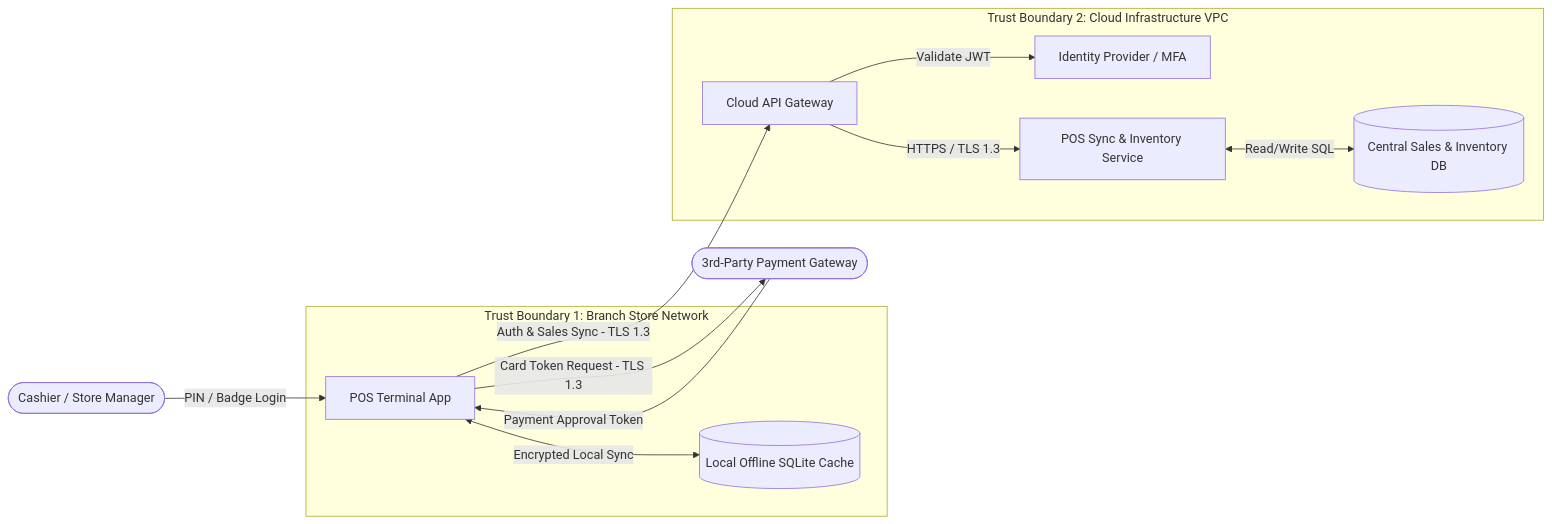
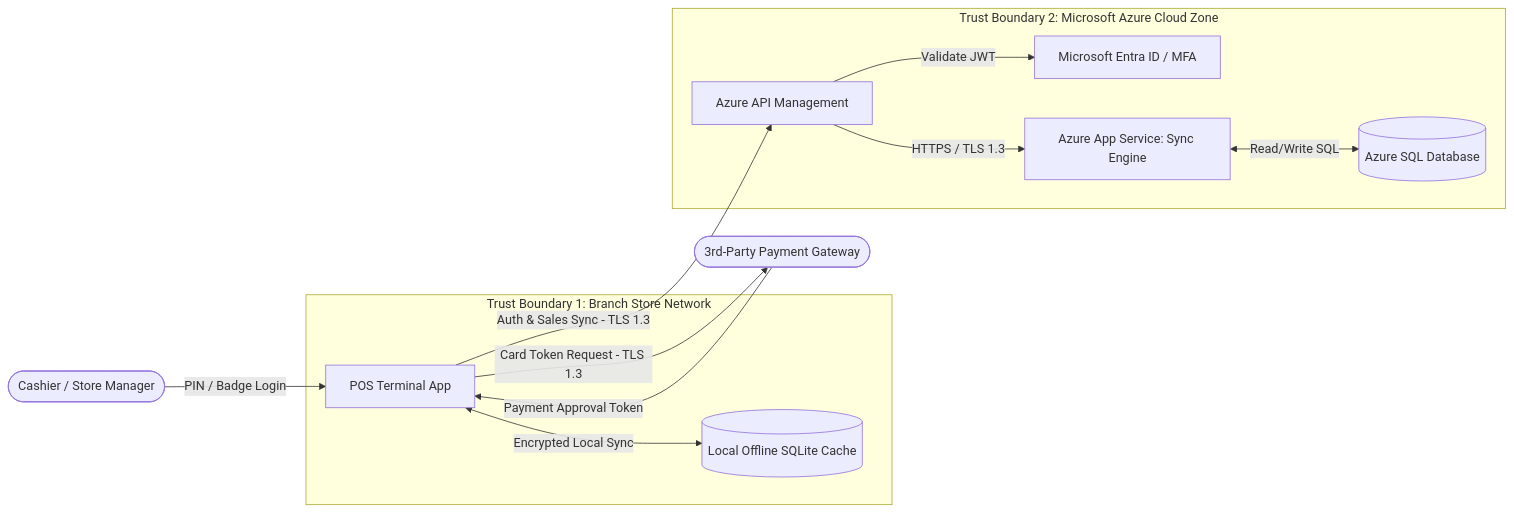
Before and after one commit to fhumulani-khadi/retail-pos-threat-model: the diagram in README.md, drawn with Mermaid. The commit also changed other lines of this file, not shown here.

First line of the commit message:
Revise system architecture and data flow details

````diff
--- a/README.md
+++ b/README.md
@@ -19,31 +24,31 @@
 ```mermaid
 flowchart LR
     %% External Entities
     Cashier([Cashier / Store Manager])
     PayGW([3rd-Party Payment Gateway])
 
     %% Trust Boundary 1: Branch Store LAN
     subgraph TB1 [Trust Boundary 1: Branch Store Network]
         POS[POS Terminal App]
         LocalDB[(Local Offline SQLite Cache)]
         POS <-->|Encrypted Local Sync| LocalDB
     end
 
-    %% Trust Boundary 2: Cloud VPC
-    subgraph TB2 [Trust Boundary 2: Cloud Infrastructure VPC]
-        APIGW[Cloud API Gateway]
-        IdP[Identity Provider / MFA]
-        SyncSvc[POS Sync & Inventory Service]
-        CloudDB[(Central Sales & Inventory DB)]
+    %% Trust Boundary 2: Azure Cloud VPC
+    subgraph TB2 [Trust Boundary 2: Microsoft Azure Cloud Zone]
+        APIGW[Azure API Management]
+        IdP[Microsoft Entra ID / MFA]
+        SyncSvc[Azure App Service: Sync Engine]
+        CloudDB[(Azure SQL Database)]
 
         APIGW -->|Validate JWT| IdP
         APIGW -->|HTTPS / TLS 1.3| SyncSvc
         SyncSvc <-->|Read/Write SQL| CloudDB
     end
 
     %% Cross-Boundary Flows
     Cashier -->|PIN / Badge Login| POS
     POS -->|Auth & Sales Sync - TLS 1.3| APIGW
     POS -->|Card Token Request - TLS 1.3| PayGW
     PayGW -->|Payment Approval Token| POS
 ```
````
